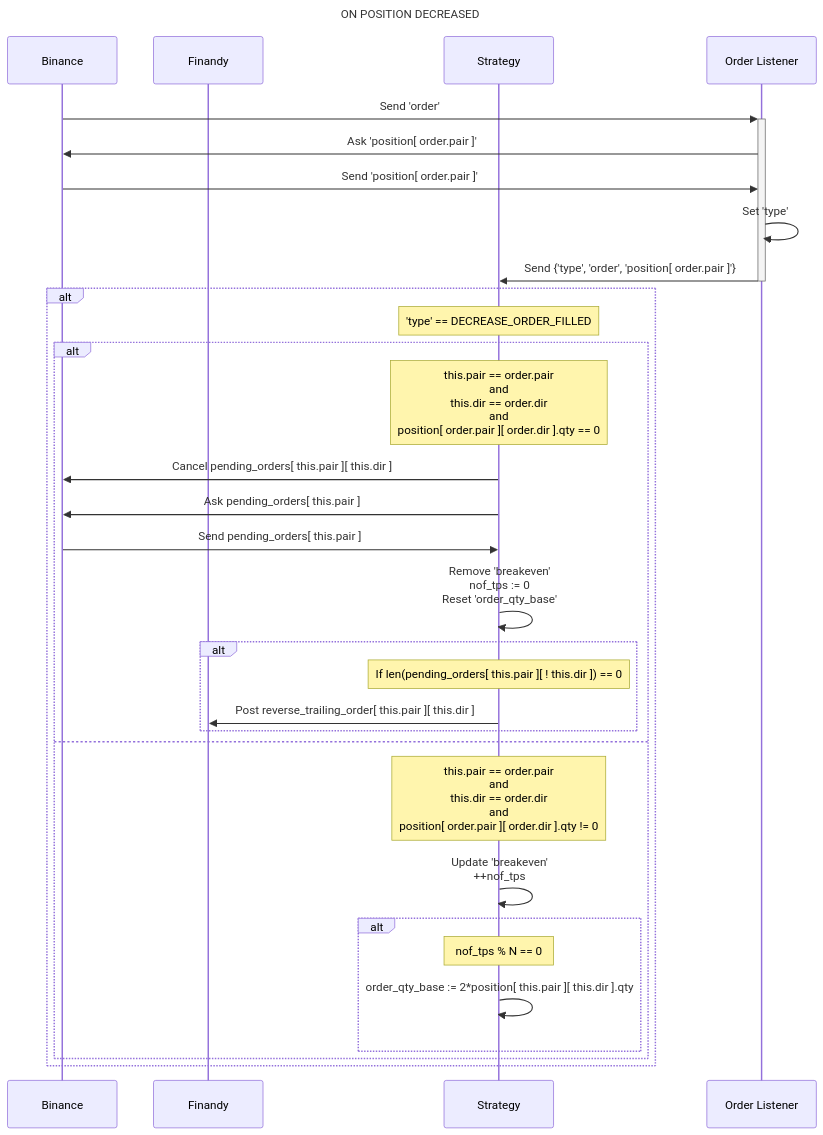
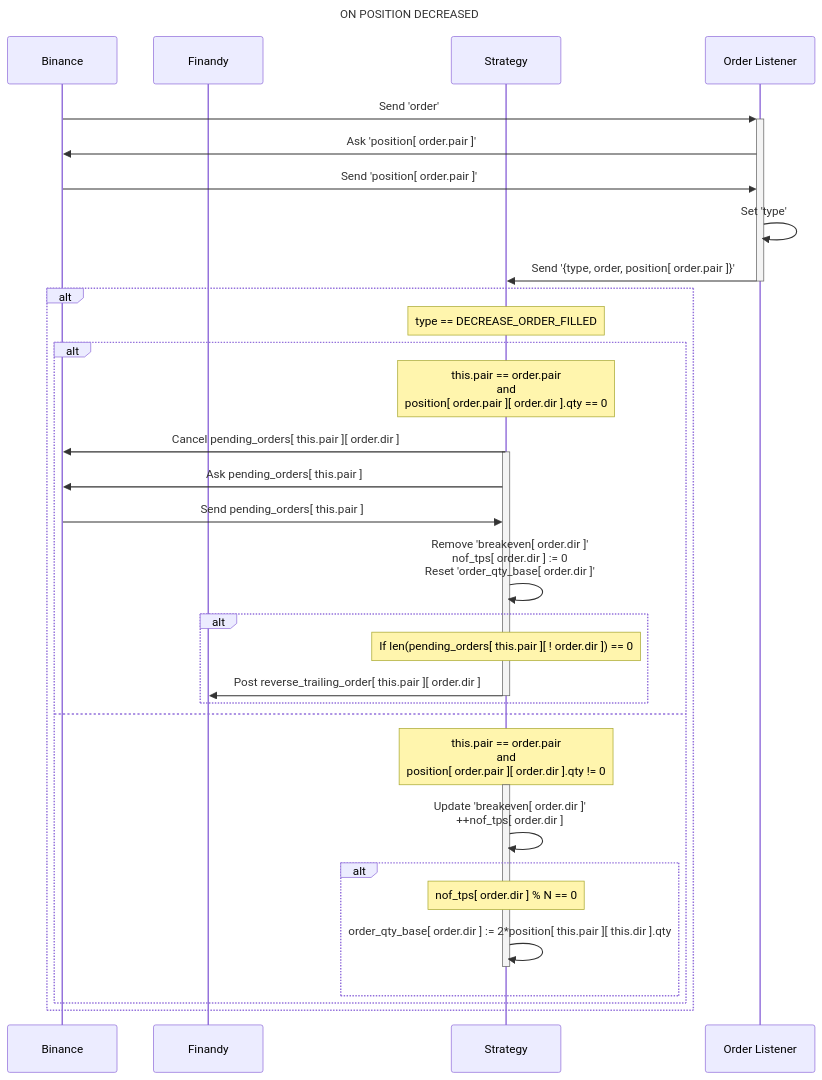
One commit to dfrankmv/binance-cyd changed the diagram in diagrams/on_position_decreased.mmd. Above: the diagram before and after it, drawn with Mermaid. The commit also changed 17 other files, not shown here.

```diff
--- a/diagrams/on_position_decreased.mmd
+++ b/diagrams/on_position_decreased.mmd
@@ -1,36 +1,39 @@
 sequenceDiagram
 
 title ON POSITION DECREASED
    
 participant BIN as Binance
 participant FIN as Finandy
 participant STG as Strategy
 participant OLS as Order Listener
    
 BIN ->>+ OLS: Send 'order'
 OLS ->>  BIN: Ask 'position[ order.pair ]'
 BIN ->>  OLS: Send 'position[ order.pair ]'
 OLS ->>  OLS: Set 'type'
-OLS ->>- STG: Send {'type', 'order', 'position[ order.pair ]'}
+OLS ->>- STG: Send '{type, order, position[ order.pair ]}'
 alt 
-   Note over STG: 'type' == DECREASE_ORDER_FILLED
+   Note over STG: type == DECREASE_ORDER_FILLED
    alt 
-      Note over STG: this.pair == order.pair <br> and <br> this.dir == order.dir <br> and <br> position[ order.pair ][ order.dir ].qty == 0
-      STG ->> BIN: Cancel pending_orders[ this.pair ][ this.dir ]
+      Note over STG: this.pair == order.pair <br> and <br> position[ order.pair ][ order.dir ].qty == 0
+      STG ->> BIN: Cancel pending_orders[ this.pair ][ order.dir ]
+      activate STG
       STG ->> BIN: Ask pending_orders[ this.pair ]
       BIN ->> STG: Send pending_orders[ this.pair ]
-      STG ->> STG: Remove 'breakeven'<br/>nof_tps := 0 <br /> Reset 'order_qty_base'
+      STG ->> STG: Remove 'breakeven[ order.dir ]'<br/>nof_tps[ order.dir ] := 0 <br /> Reset 'order_qty_base[ order.dir ]'
       alt
-         Note over STG: If len(pending_orders[ this.pair ][ ! this.dir ]) == 0
-         STG ->> FIN: Post reverse_trailing_order[ this.pair ][ this.dir ]
+         Note over STG: If len(pending_orders[ this.pair ][ ! order.dir ]) == 0
+         STG ->> FIN: Post reverse_trailing_order[ this.pair ][ order.dir ]
+         deactivate STG
       end
    else
-      Note over STG: this.pair == order.pair <br> and <br> this.dir == order.dir <br> and <br> position[ order.pair ][ order.dir ].qty != 0
-      STG ->> STG: Update 'breakeven' <br> ++nof_tps
+      Note over STG: this.pair == order.pair <br> and <br> position[ order.pair ][ order.dir ].qty != 0
+      activate STG
+      STG ->> STG: Update 'breakeven[ order.dir ]' <br> ++nof_tps[ order.dir ]
       alt 
-         Note over STG: nof_tps % N == 0
-         STG ->> STG: order_qty_base := 2*position[ this.pair ][ this.dir ].qty
+         Note over STG: nof_tps[ order.dir ] % N == 0
+         STG ->> STG: order_qty_base[ order.dir ] := 2*position[ this.pair ][ this.dir ].qty
+         deactivate STG
       end
-
    end
 end
```
